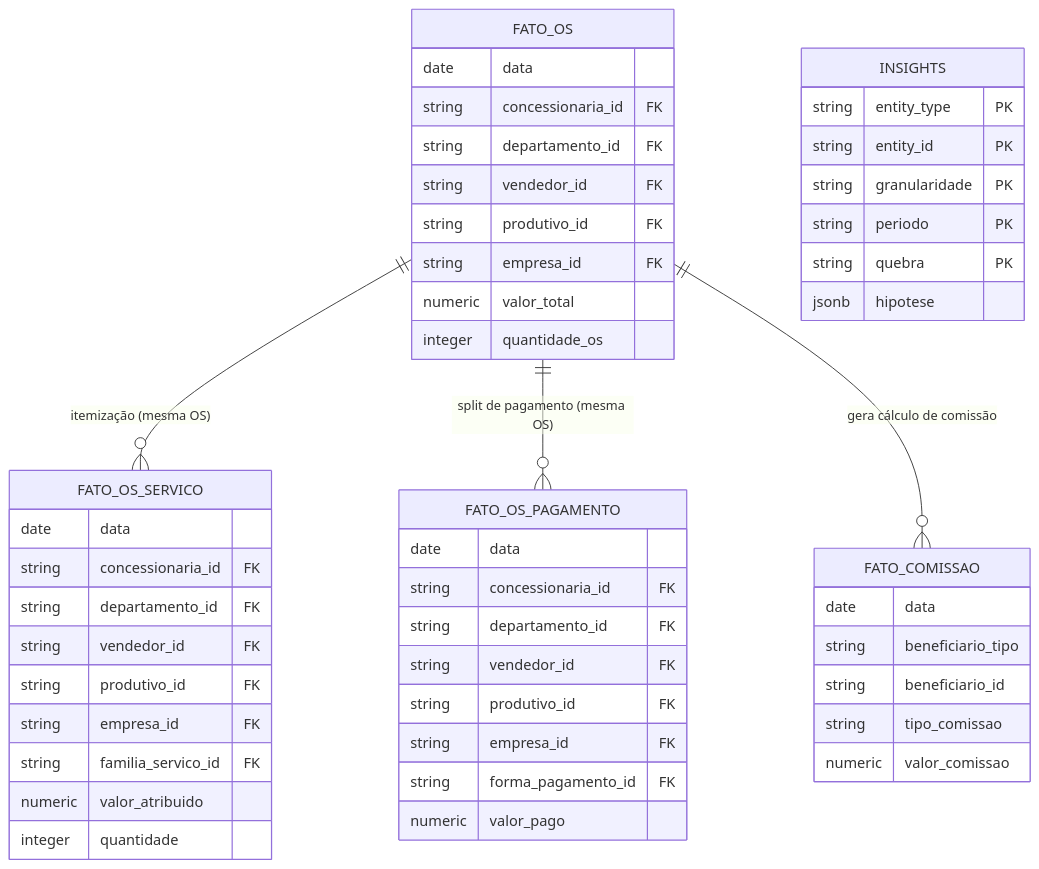
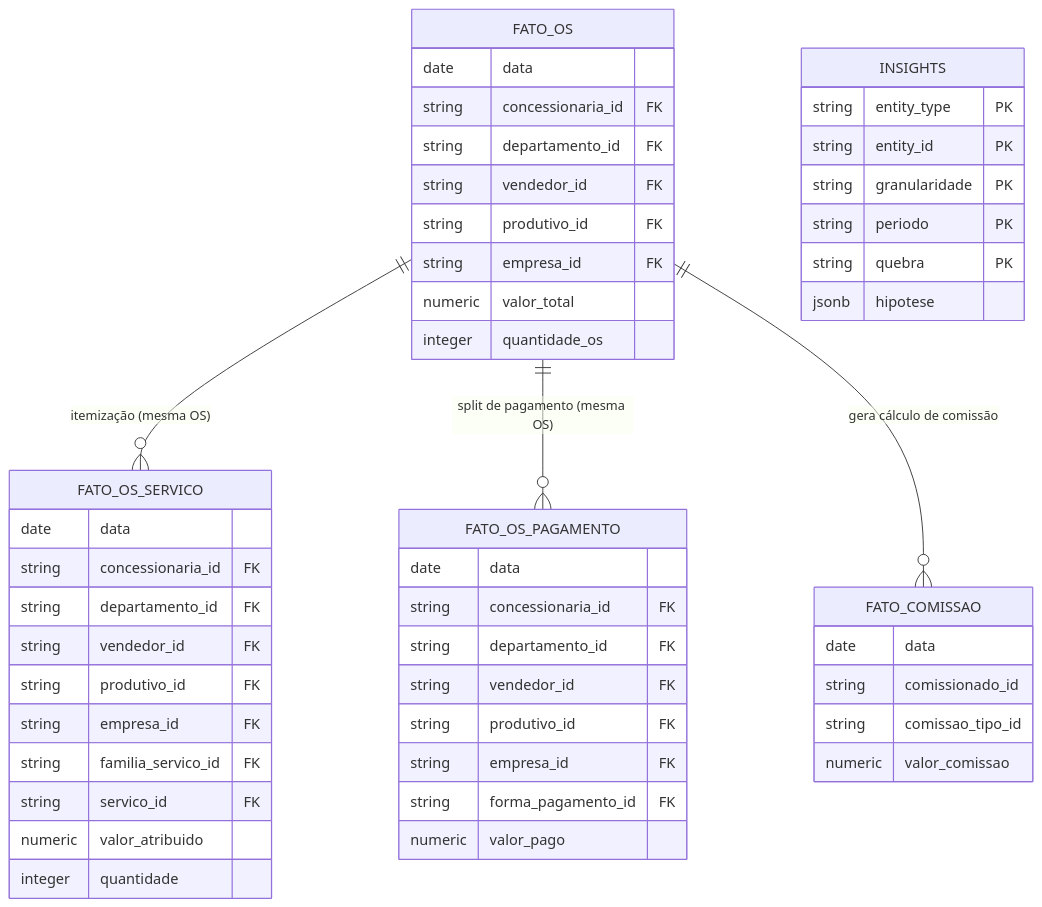
Before and after one commit to cristianosantana/faceta: the second of 2 diagrams in documentos/05-arquitetura-software-sad.md, drawn with Mermaid. The commit also changed other lines of this file and 25 other files, not shown here.

````diff
--- a/documentos/05-arquitetura-software-sad.md
+++ b/documentos/05-arquitetura-software-sad.md
@@ -46,53 +46,53 @@
 ```mermaid
 erDiagram
     FATO_OS {
         date data
         string concessionaria_id FK
         string departamento_id FK
         string vendedor_id FK
         string produtivo_id FK
         string empresa_id FK
         numeric valor_total
         integer quantidade_os
     }
     FATO_OS_SERVICO {
         date data
         string concessionaria_id FK
         string departamento_id FK
         string vendedor_id FK
         string produtivo_id FK
         string empresa_id FK
         string familia_servico_id FK
+        string servico_id FK
         numeric valor_atribuido
         integer quantidade
     }
     FATO_OS_PAGAMENTO {
         date data
         string concessionaria_id FK
         string departamento_id FK
         string vendedor_id FK
         string produtivo_id FK
         string empresa_id FK
         string forma_pagamento_id FK
         numeric valor_pago
     }
     FATO_COMISSAO {
         date data
-        string beneficiario_tipo
-        string beneficiario_id
-        string tipo_comissao
+        string comissionado_id
+        string comissao_tipo_id
         numeric valor_comissao
     }
     INSIGHTS {
         string entity_type PK
         string entity_id PK
         string granularidade PK
         string periodo PK
         string quebra PK
         jsonb hipotese
     }
 
     FATO_OS ||--o{ FATO_OS_SERVICO : "itemização (mesma OS)"
     FATO_OS ||--o{ FATO_OS_PAGAMENTO : "split de pagamento (mesma OS)"
     FATO_OS ||--o{ FATO_COMISSAO : "gera cálculo de comissão"
 ```
````
